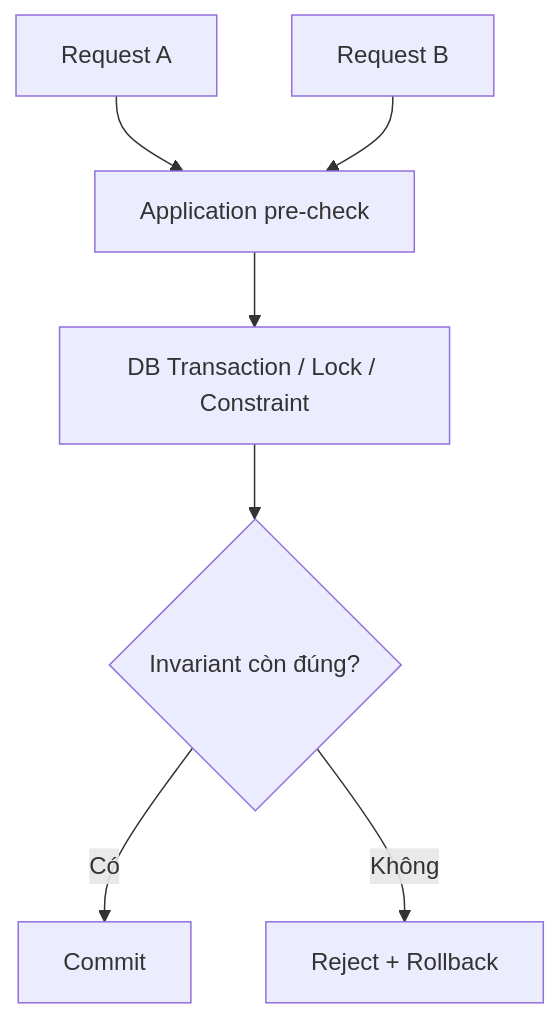
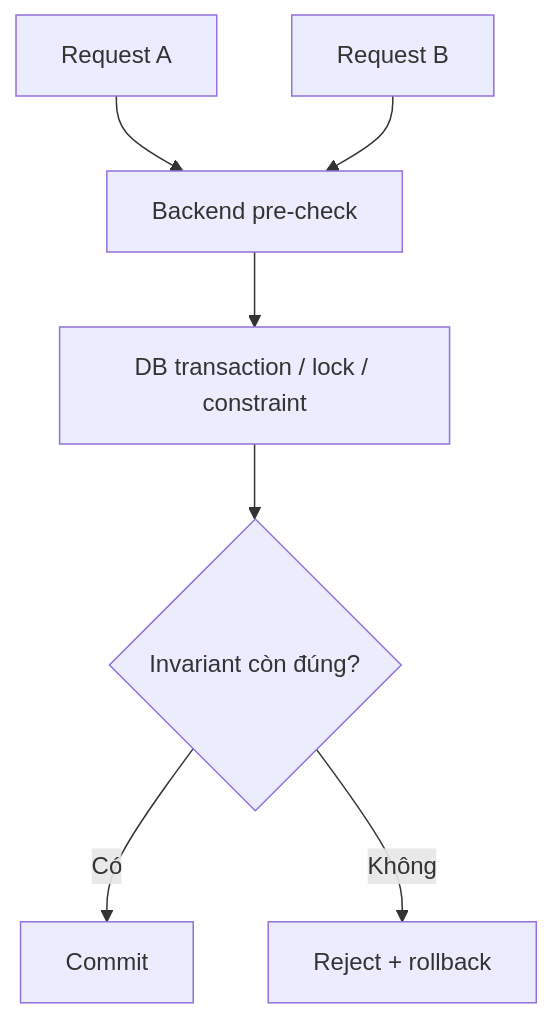
Before and after one commit to Danh20100/moibile_app: the third of 3 diagrams in docs/contexts/layers/database.md, drawn with Mermaid. The commit also changed other lines of this file and 9 other files, not shown here.

````diff
--- a/docs/contexts/layers/database.md
+++ b/docs/contexts/layers/database.md
@@ -67,9 +48,9 @@
 ```mermaid
 flowchart TD
-    REQ1[Request A] --> APP[Application pre-check]
-    REQ2[Request B] --> APP
-    APP --> TX[DB Transaction / Lock / Constraint]
-    TX --> OK{Invariant còn đúng?}
-    OK -->|Có| COMMIT[Commit]
-    OK -->|Không| ROLLBACK[Reject + Rollback]
+    A["Request A"] --> PRE["Backend pre-check"]
+    B["Request B"] --> PRE
+    PRE --> TX["DB transaction / lock / constraint"]
+    TX --> OK{"Invariant còn đúng?"}
+    OK -->|"Có"| COMMIT["Commit"]
+    OK -->|"Không"| ROLLBACK["Reject + rollback"]
 ```
````
